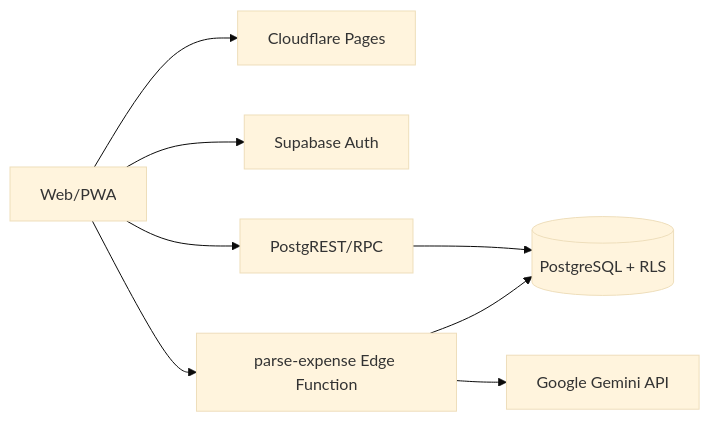
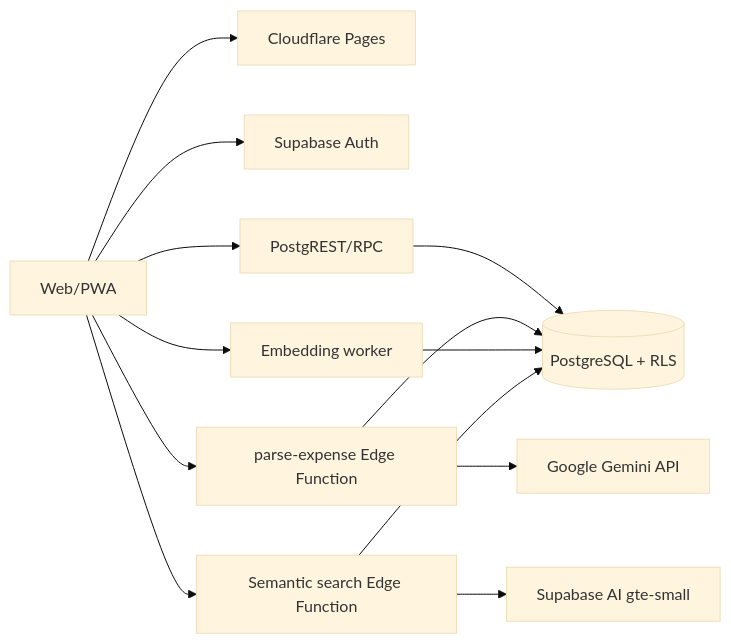
The diagram in HANDOFF.md (nhan0805/family-expense), drawn with Mermaid (base theme) before and after one commit. The commit also changed other lines of this file and 19 other files, not shown here.

Commit message:
feat: add multi-select and semantic transaction search

````diff
--- a/HANDOFF.md
+++ b/HANDOFF.md
@@ -377,10 +392,15 @@
 ```mermaid
 flowchart LR
   U[Web/PWA] --> CF[Cloudflare Pages]
   U --> A[Supabase Auth]
   U --> P[PostgREST/RPC]
   P --> D[(PostgreSQL + RLS)]
   U --> E[parse-expense Edge Function]
   E --> D
   E --> G[Google Gemini API]
+  U --> ES[Embedding worker]
+  ES --> D
+  U --> SS[Semantic search Edge Function]
+  SS --> D
+  SS --> M[Supabase AI gte-small]
 ```
````
